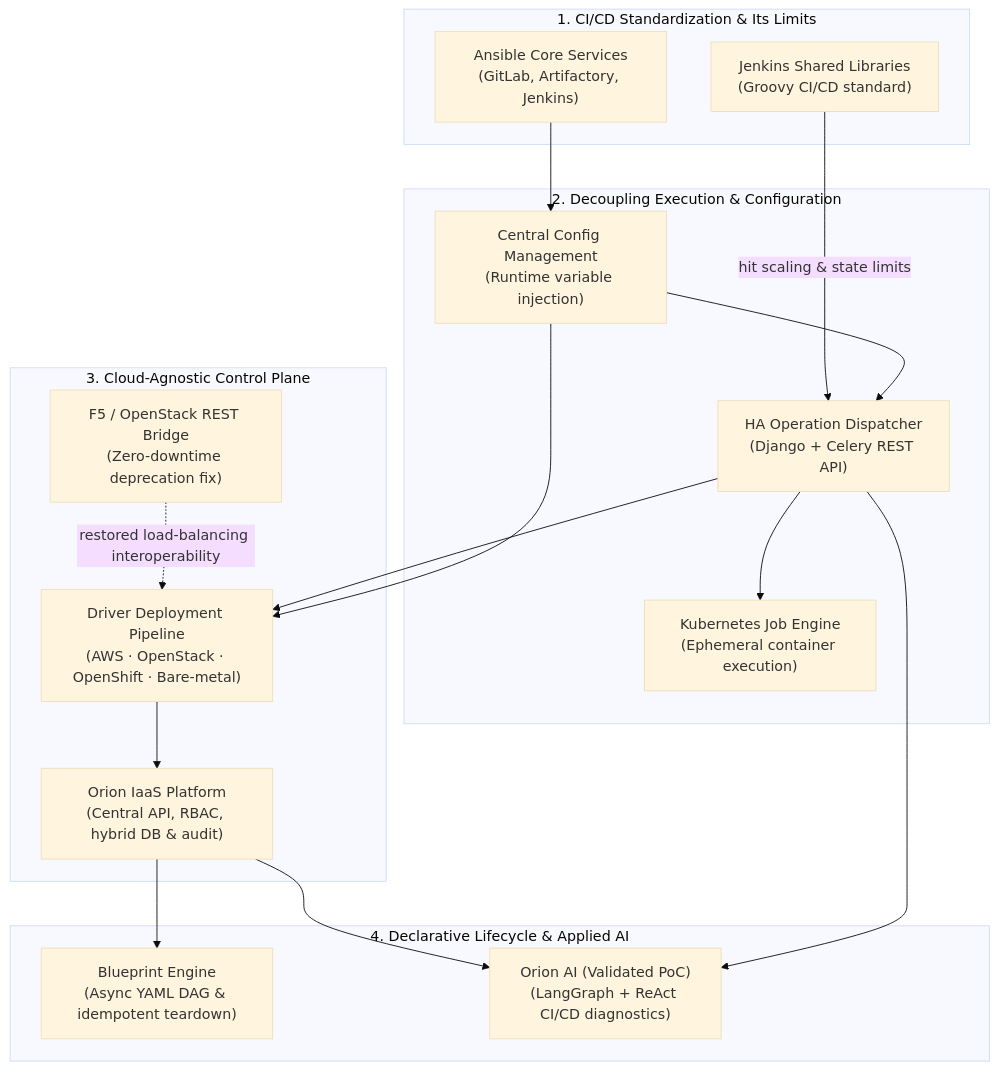
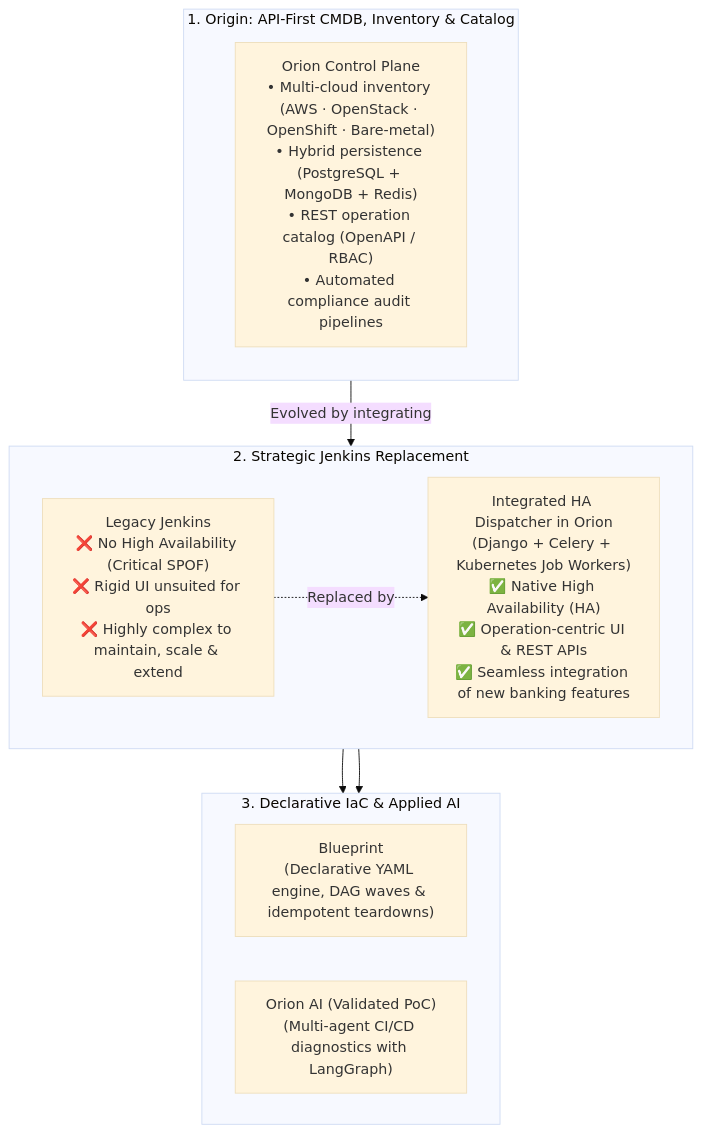
One commit to oredondo/oredondo.github.io changed the diagram in docs/projects/index.md. Above: the diagram before and after it, drawn with Mermaid (base theme). The commit also changed other lines of this file and 3 other files, not shown here.

Commit message:
docs: clarify Orion architectural evolution from CMDB/catalog to HA Dispatcher replacing Jenkins

````diff
--- a/docs/projects/index.md
+++ b/docs/projects/index.md
@@ -19,36 +19,21 @@
 ```mermaid
-flowchart TB
-    subgraph Phase1["1. CI/CD Standardization & Its Limits"]
-        JSL["Jenkins Shared Libraries<br/>(Groovy CI/CD standard)"]
-        ANS["Ansible Core Services<br/>(GitLab, Artifactory, Jenkins)"]
+flowchart TD
+    subgraph Origin["1. Origin: API-First CMDB, Inventory & Catalog"]
+        direction TB
+        CMDB["Orion Control Plane<br/>• Multi-cloud inventory (AWS · OpenStack · OpenShift · Bare-metal)<br/>• Hybrid persistence (PostgreSQL + MongoDB + Redis)<br/>• REST operation catalog (OpenAPI / RBAC)<br/>• Automated compliance audit pipelines"]
     end
 
-    subgraph Phase2["2. Decoupling Execution & Configuration"]
-        DISP["HA Operation Dispatcher<br/>(Django + Celery REST API)"]
-        CFG["Central Config Management<br/>(Runtime variable injection)"]
-        K8S["Kubernetes Job Engine<br/>(Ephemeral container execution)"]
+    subgraph Replacement["2. Strategic Jenkins Replacement"]
+        direction LR
+        JNK["Legacy Jenkins<br/>❌ No High Availability (Critical SPOF)<br/>❌ Rigid UI unsuited for ops<br/>❌ Highly complex to maintain, scale & extend"] -.->|"Replaced by"| DISP["Integrated HA Dispatcher in Orion<br/>(Django + Celery + Kubernetes Job Workers)<br/>✅ Native High Availability (HA)<br/>✅ Operation-centric UI & REST APIs<br/>✅ Seamless integration of new banking features"]
     end
 
-    subgraph Phase3["3. Cloud-Agnostic Control Plane"]
-        PIPE["Driver Deployment Pipeline<br/>(AWS · OpenStack · OpenShift · Bare-metal)"]
-        F5["F5 / OpenStack REST Bridge<br/>(Zero-downtime deprecation fix)"]
-        ORION["Orion IaaS Platform<br/>(Central API, RBAC, hybrid DB & audit)"]
+    subgraph Expansion["3. Declarative IaC & Applied AI"]
+        direction LR
+        BP["Blueprint<br/>(Declarative YAML engine, DAG waves & idempotent teardowns)"]
+        AI["Orion AI (Validated PoC)<br/>(Multi-agent CI/CD diagnostics with LangGraph)"]
     end
 
-    subgraph Phase4["4. Declarative Lifecycle & Applied AI"]
-        BP["Blueprint Engine<br/>(Async YAML DAG & idempotent teardown)"]
-        AI["Orion AI (Validated PoC)<br/>(LangGraph + ReAct CI/CD diagnostics)"]
-    end
-
-    JSL -->|"hit scaling & state limits"| DISP
-    ANS --> CFG
-    CFG --> DISP
-    DISP --> K8S
-    DISP --> PIPE
-    CFG --> PIPE
-    F5 -.->|"restored load-balancing interoperability"| PIPE
-    PIPE --> ORION
-    ORION --> BP
-    ORION --> AI
-    DISP --> AI
+    CMDB -->|"Evolved by integrating"| DISP
+    DISP --> BP & AI
 ```
````
